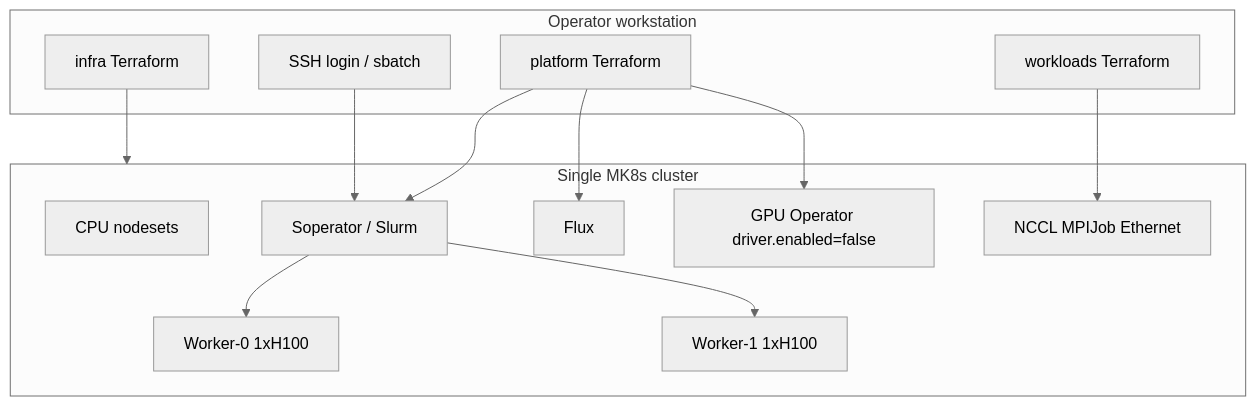
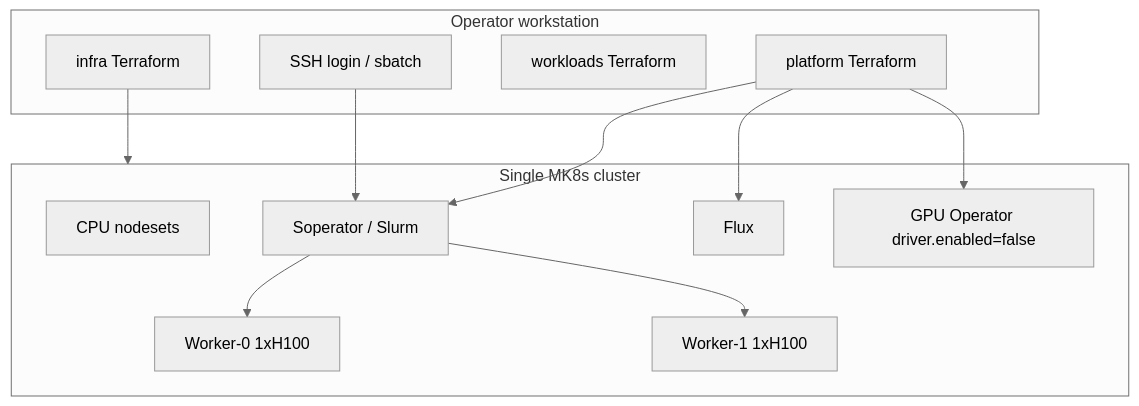
The first of 2 diagrams in docs/architecture.md (fabiogomezdiaz/nebius-demo-day), drawn with Mermaid (neutral theme) before and after one commit. The commit also changed other lines of this file and 14 other files, not shown here.

Commit message:
Add Task 1 architecture diagrams, glossary updates, and gotchas.

````diff
--- a/docs/architecture.md
+++ b/docs/architecture.md
@@ -5,28 +7,26 @@
 ```mermaid
 flowchart TB
   subgraph workstation [Operator workstation]
     TF[infra Terraform]
     PL[platform Terraform]
     WL[workloads Terraform]
     SSH[SSH login / sbatch]
   end
 
   subgraph mk8s [Single MK8s cluster]
     SYS[CPU nodesets]
     SOP[Soperator / Slurm]
     FLUX[Flux]
     GOP[GPU Operator driver.enabled=false]
     W0[Worker-0 1xH100]
     W1[Worker-1 1xH100]
-    NCCL[NCCL MPIJob Ethernet]
   end
 
   TF --> mk8s
   PL --> FLUX
   PL --> SOP
   PL --> GOP
-  WL --> NCCL
   SSH --> SOP
   SOP --> W0
   SOP --> W1
 ```
````
